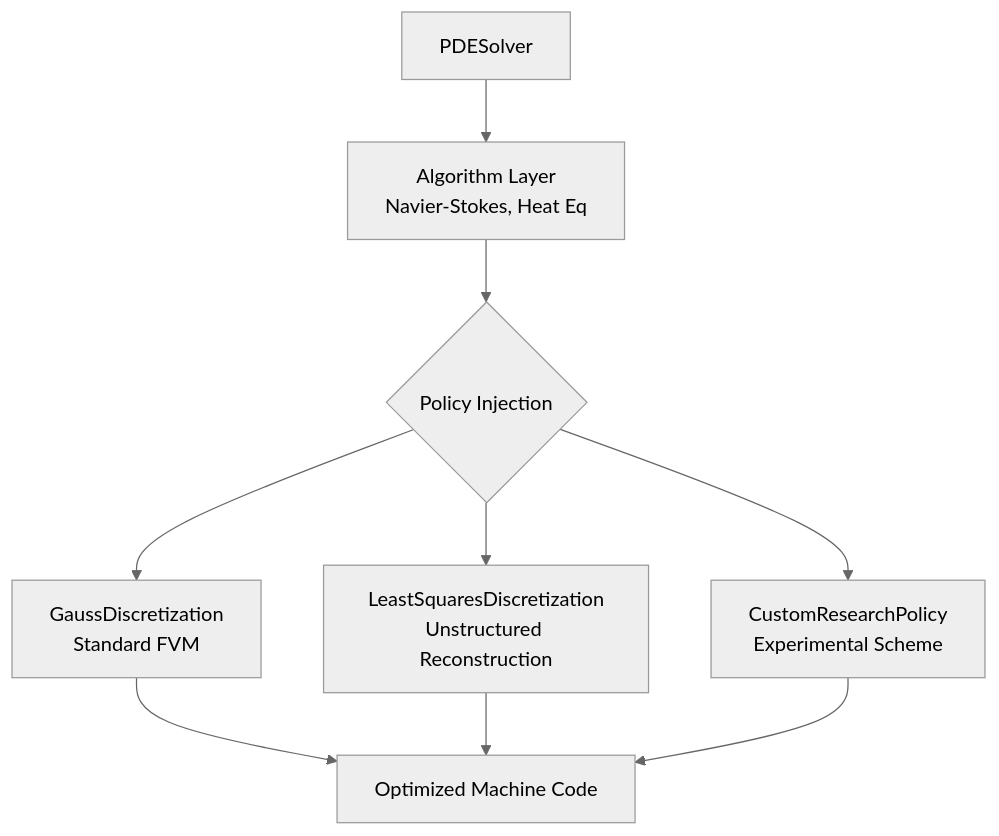
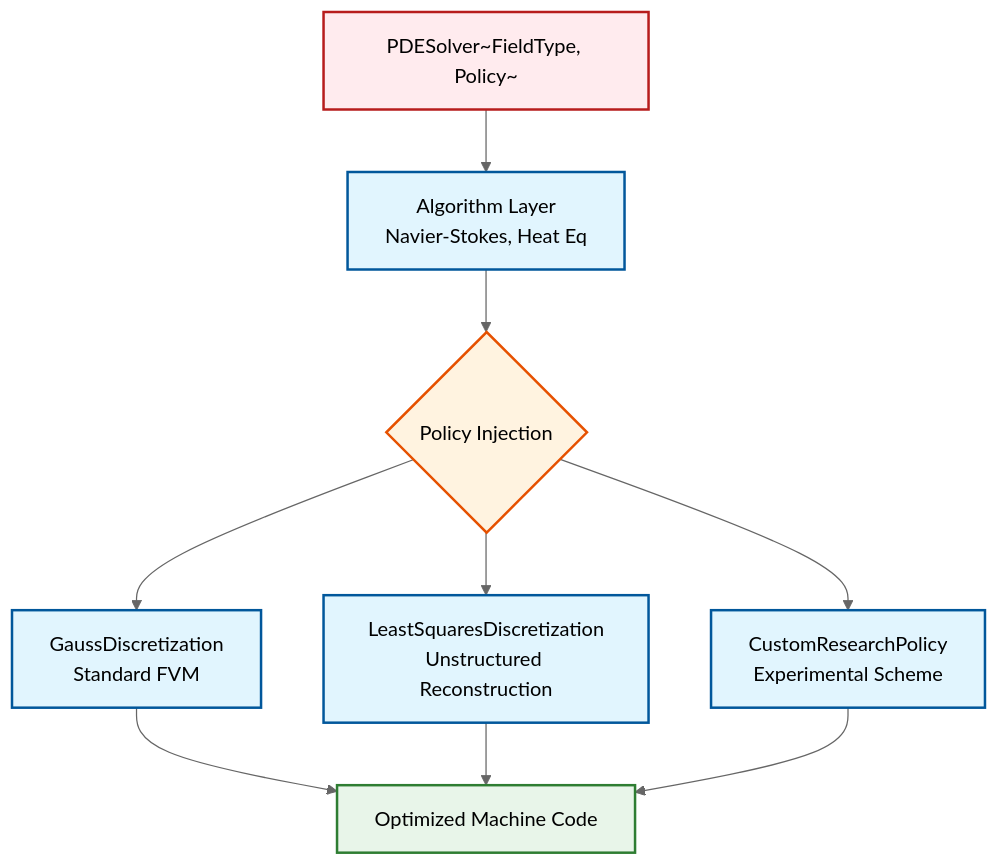
The diagram in MODULE_09_ADVANCED_TOPICS/CONTENT/01_TEMPLATE_PROGRAMMING/05_Design_Patterns.md (wramet/build-my-cfd), drawn with Mermaid (neutral theme) before and after one commit. The commit also changed 313 other files, not shown here.

Commit message:
Revise all diagram

````diff
--- a/MODULE_09_ADVANCED_TOPICS/CONTENT/01_TEMPLATE_PROGRAMMING/05_Design_Patterns.md
+++ b/MODULE_09_ADVANCED_TOPICS/CONTENT/01_TEMPLATE_PROGRAMMING/05_Design_Patterns.md
@@ -240,11 +240,15 @@
 ```mermaid
 graph TD
-    A[PDESolver<FieldType, Policy>] --> B[Algorithm Layer<br/>Navier-Stokes, Heat Eq]
-    B --> C{Policy Injection}
-    C --> D[GaussDiscretization<br/>Standard FVM]
-    C --> E[LeastSquaresDiscretization<br/>Unstructured Reconstruction]
-    C --> F[CustomResearchPolicy<br/>Experimental Scheme]
-    D --> G[Optimized Machine Code]
-    E --> G
-    F --> G
+classDef implicit fill:#e1f5fe,stroke:#01579b,stroke-width:2px
+classDef explicit fill:#ffebee,stroke:#b71c1c,stroke-width:2px
+classDef success fill:#e8f5e9,stroke:#2e7d32,stroke-width:2px
+classDef warning fill:#fff3e0,stroke:#e65100,stroke-width:2px
+A[PDESolver~FieldType, Policy~]:::explicit --> B[Algorithm Layer<br/>Navier-Stokes, Heat Eq]:::implicit
+B --> C{Policy Injection}:::warning
+C --> D[GaussDiscretization<br/>Standard FVM]:::implicit
+C --> E[LeastSquaresDiscretization<br/>Unstructured Reconstruction]:::implicit
+C --> F[CustomResearchPolicy<br/>Experimental Scheme]:::implicit
+D --> G[Optimized Machine Code]:::success
+E --> G
+F --> G
 ```
````
